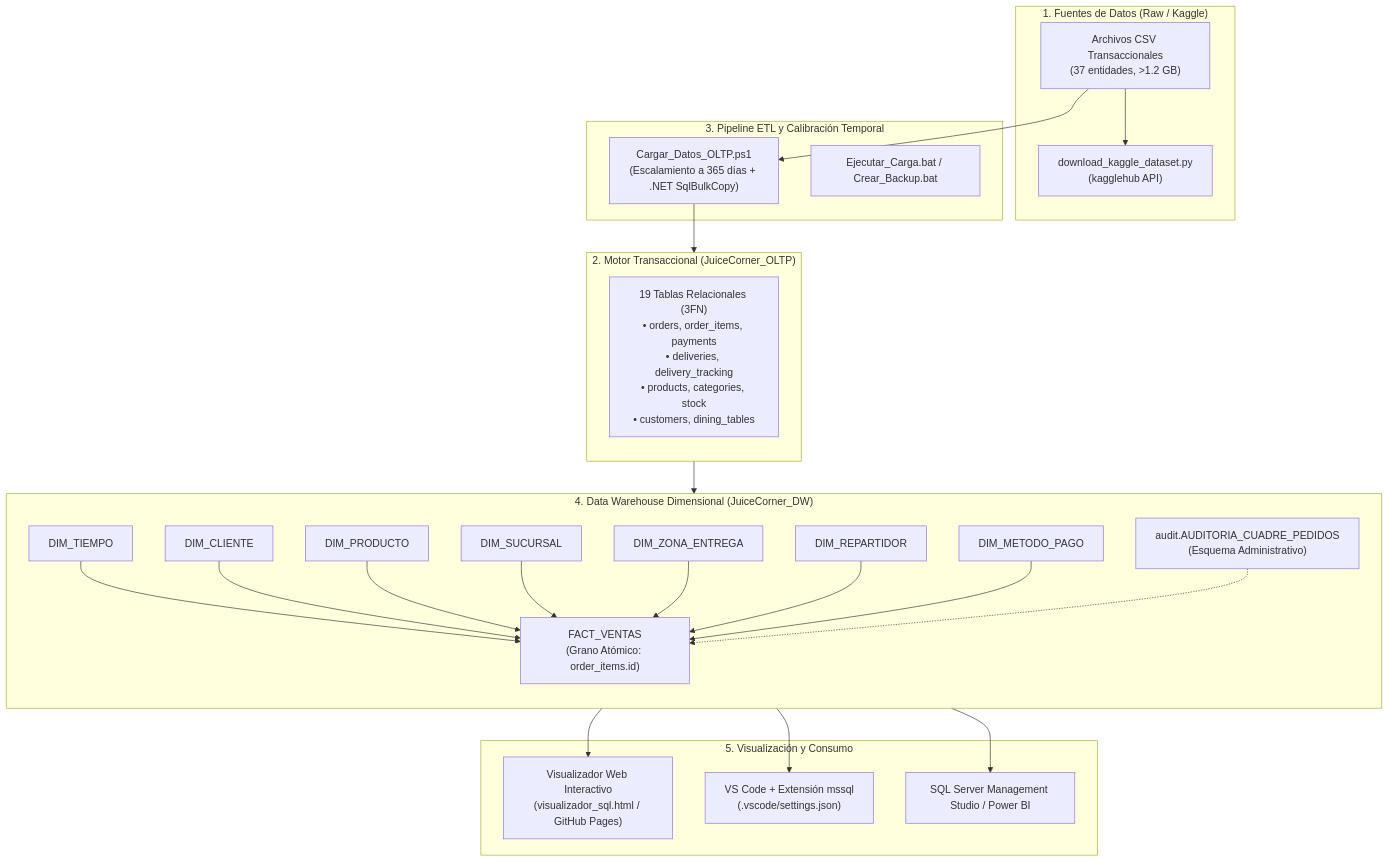
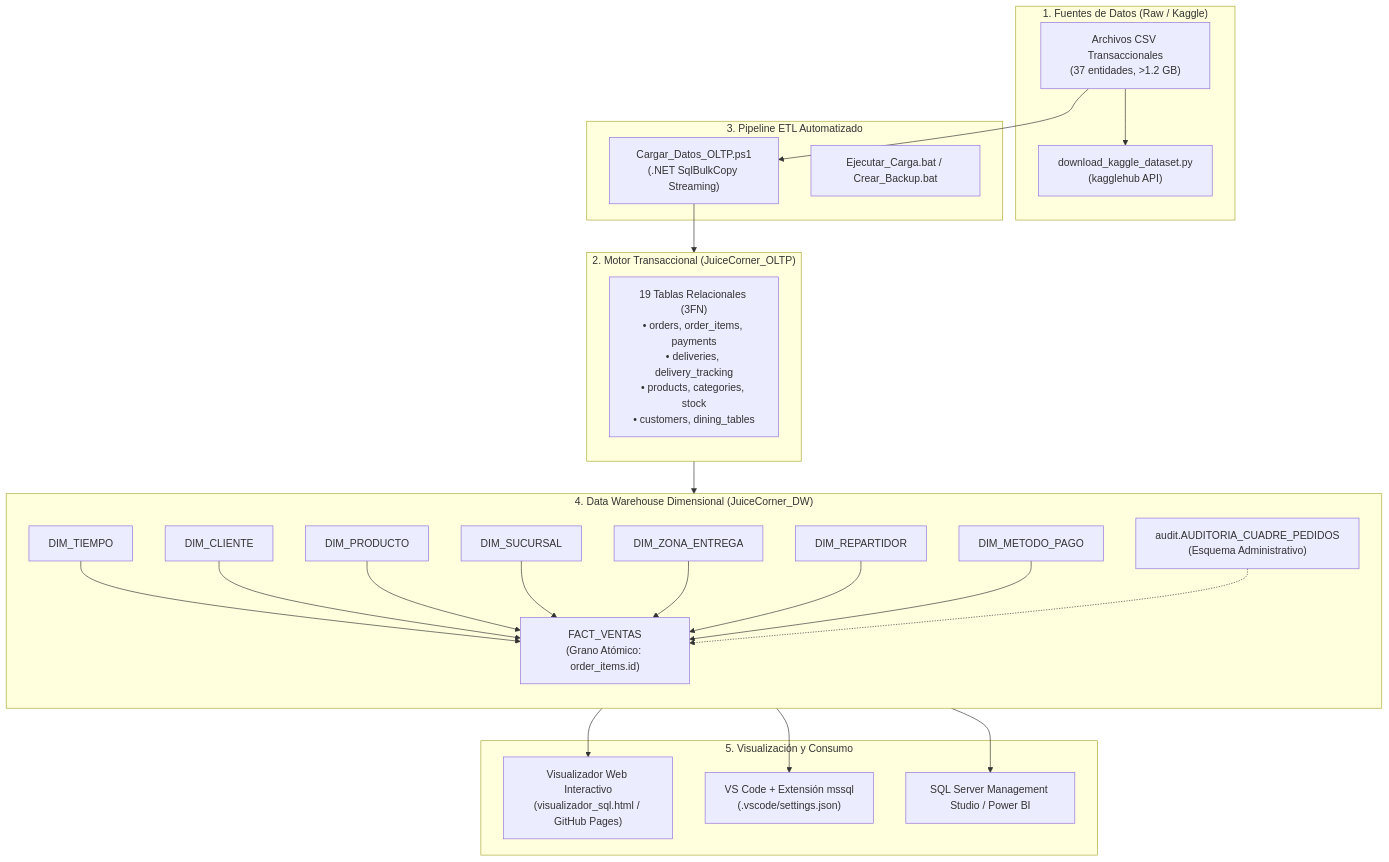
One commit to JoseFerM/JuiceCorner-DataScience changed the diagram in README.md. Above: the diagram before and after it, drawn with Mermaid. The commit also changed other lines of this file, not shown here.

Commit message:
docs: simplificar y naturalizar redaccion del horizonte temporal a 1 anio movil (22/06/2025 al 21/06/2026)

````diff
--- a/README.md
+++ b/README.md
@@ -164,44 +164,44 @@
 ```mermaid
 flowchart TD
     subgraph S1["1. Fuentes de Datos (Raw / Kaggle)"]
         CSV["Archivos CSV Transaccionales<br/>(37 entidades, >1.2 GB)"]
         PY["download_kaggle_dataset.py<br/>(kagglehub API)"]
     end
 
     subgraph S2["2. Motor Transaccional (JuiceCorner_OLTP)"]
         direction TB
         OLTP_CORE["19 Tablas Relacionales (3FN)<br/>• orders, order_items, payments<br/>• deliveries, delivery_tracking<br/>• products, categories, stock<br/>• customers, dining_tables"]
     end
 
-    subgraph S3["3. Pipeline ETL y Calibración Temporal"]
-        BULK["Cargar_Datos_OLTP.ps1<br/>(Escalamiento a 365 días + .NET SqlBulkCopy)"]
+    subgraph S3["3. Pipeline ETL Automatizado"]
+        BULK["Cargar_Datos_OLTP.ps1<br/>(.NET SqlBulkCopy Streaming)"]
         BAT["Ejecutar_Carga.bat / Crear_Backup.bat"]
     end
 
     subgraph S4["4. Data Warehouse Dimensional (JuiceCorner_DW)"]
         direction TB
         DIM_T["DIM_TIEMPO"] --> FACT["FACT_VENTAS<br/>(Grano Atómico: order_items.id)"]
         DIM_C["DIM_CLIENTE"] --> FACT
         DIM_P["DIM_PRODUCTO"] --> FACT
         DIM_S["DIM_SUCURSAL"] --> FACT
         DIM_Z["DIM_ZONA_ENTREGA"] --> FACT
         DIM_R["DIM_REPARTIDOR"] --> FACT
         DIM_M["DIM_METODO_PAGO"] --> FACT
         
         AUD["audit.AUDITORIA_CUADRE_PEDIDOS<br/>(Esquema Administrativo)"] -.-> FACT
     end
 
     subgraph S5["5. Visualización y Consumo"]
         WEB["Visualizador Web Interactivo<br/>(visualizador_sql.html / GitHub Pages)"]
         VSC["VS Code + Extensión mssql<br/>(.vscode/settings.json)"]
         SSMS["SQL Server Management Studio / Power BI"]
     end
 
     CSV --> PY
     CSV --> BULK
     BULK --> OLTP_CORE
     OLTP_CORE --> S4
     S4 --> WEB
     S4 --> VSC
     S4 --> SSMS
 ```
````
